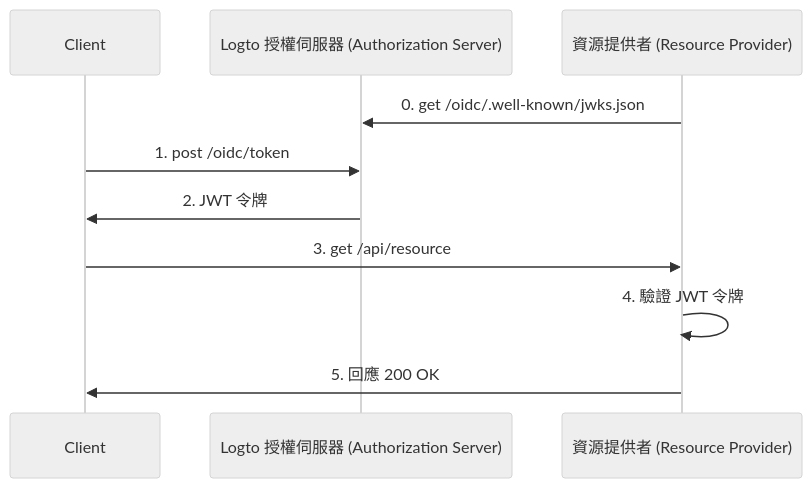
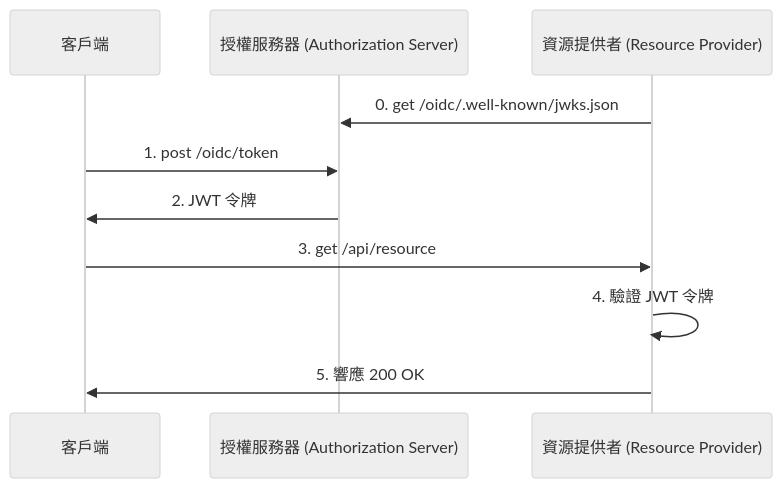
The second of 2 diagrams in src/content/terms/zh-Hant/opaque-token.mdx (logto-io/auth-wiki), drawn with Mermaid (neutral theme) before and after one commit. The commit also changed other lines of this file and 98 other files, not shown here.

````diff
--- a/src/content/terms/zh-Hant/opaque-token.mdx
+++ b/src/content/terms/zh-Hant/opaque-token.mdx
@@ -73,16 +73,16 @@
 ```mermaid
 
 sequenceDiagram
-    participant C as Client
-    participant AS as Logto 授權伺服器 (Authorization Server)
+    participant C as 客戶端
+    participant AS as 授權服務器 (Authorization Server)
     participant RP as 資源提供者 (Resource Provider)
 
     RP ->> AS: 0. get /oidc/.well-known/jwks.json
 
     C ->> AS: 1. post /oidc/token
     AS ->> C: 2. JWT 令牌
     C ->> RP: 3. get /api/resource
     RP ->> RP: 4. 驗證 JWT 令牌
-    RP ->> C: 5. 回應 200 OK
+    RP ->> C: 5. 響應 200 OK
 
 ```
````
